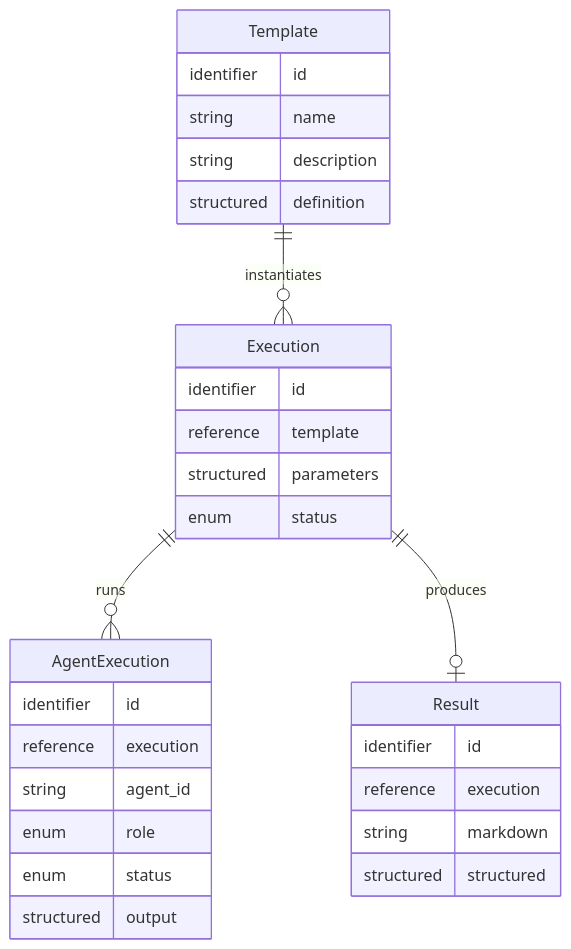
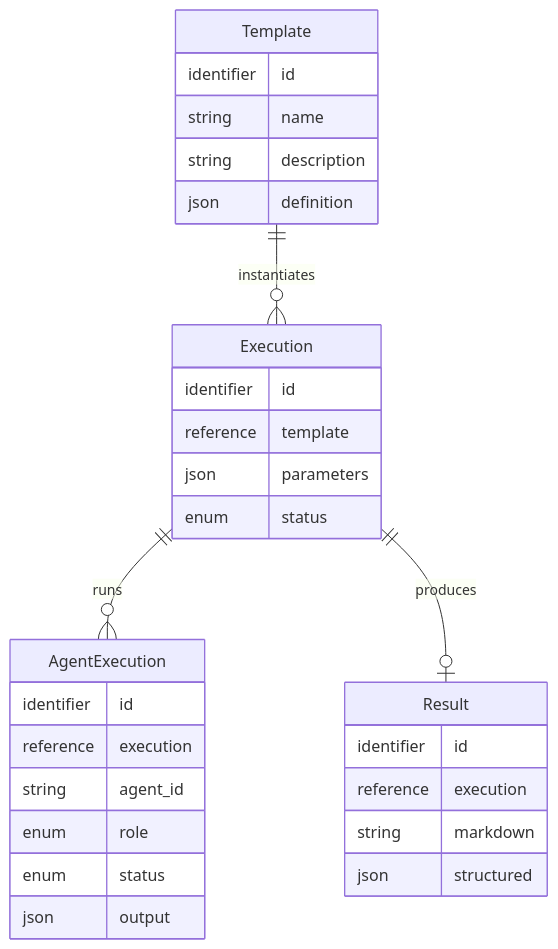
Before and after one commit to kuairen-227/agent-team-studio: the first of 3 diagrams in docs/design/data-model.md, drawn with Mermaid. The commit also changed other lines of this file, not shown here.

Commit message:
docs(design): ER 図の structured 型を json 表記に統一 #52
3 回目レビューで継続指摘された §2 ER 図の Result.structured structured 表記（型名 = フィールド名でタイポに見える）に対応。

- §2 ER 図の 4 エンティティの構造化属性の型表記を structured → json に統一。Result は「json structured」となり、他エンティティ（json definition / parameters / output）と並列で読みやすくなる
- §4 冒頭に、論理種別 structured と ER 図の json 表記が同一であることを注記
- フィールド名 structured の最終形は §10 先送り継続（物理スキーマ確定時に再検討）

§4.4 / §7.2 / §8 / ADR-0014 への波及なし。総合評価は 🟢 OK だが、読み手の混乱を最小化するため対応した。

````diff
--- a/docs/design/data-model.md
+++ b/docs/design/data-model.md
@@ -25,33 +25,33 @@
 ```mermaid
 erDiagram
     Template ||--o{ Execution : "instantiates"
     Execution ||--o{ AgentExecution : "runs"
     Execution ||--o| Result : "produces"
 
     Template {
         identifier id
         string name
         string description
-        structured definition
+        json definition
     }
     Execution {
         identifier id
         reference template
-        structured parameters
+        json parameters
         enum status
     }
     AgentExecution {
         identifier id
         reference execution
         string agent_id
         enum role
         enum status
-        structured output
+        json output
     }
     Result {
         identifier id
         reference execution
         string markdown
-        structured structured
+        json structured
     }
 ```
````
